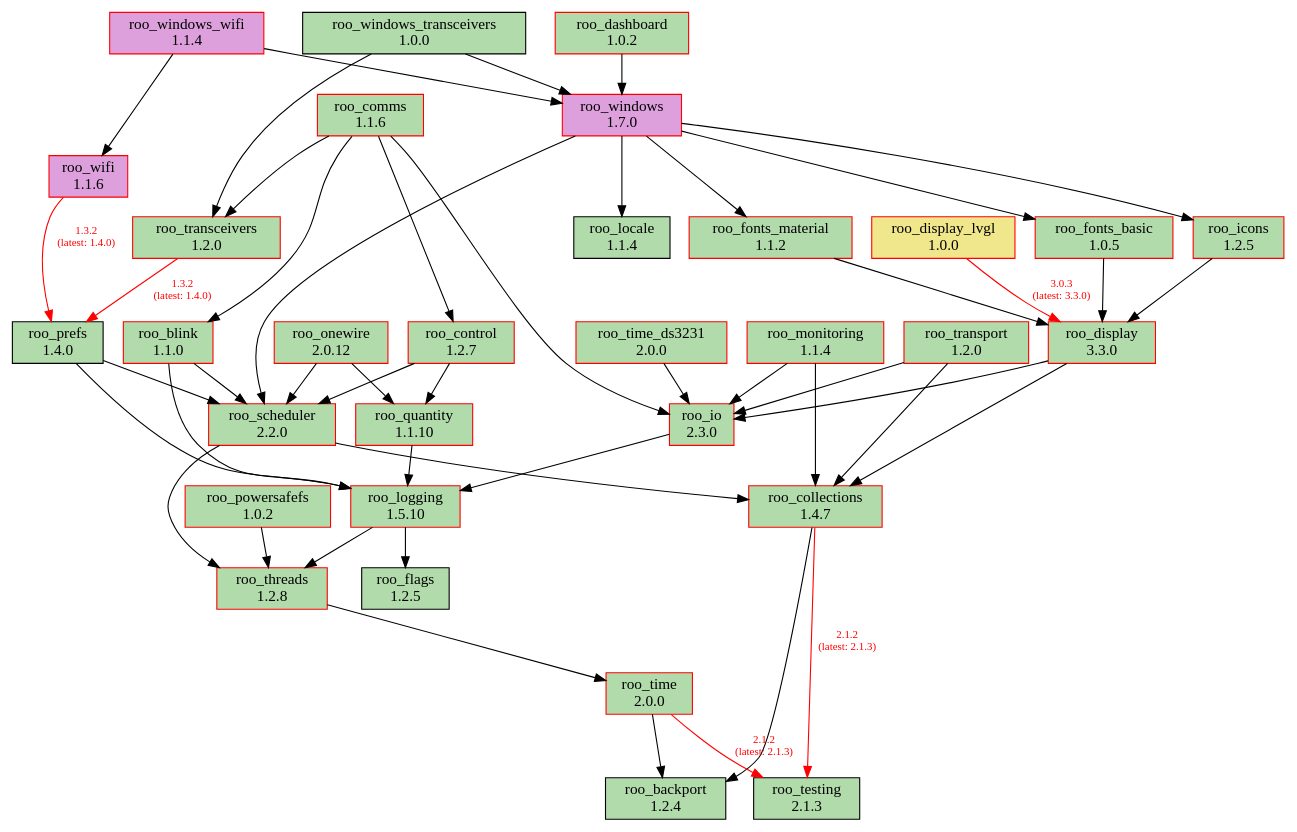
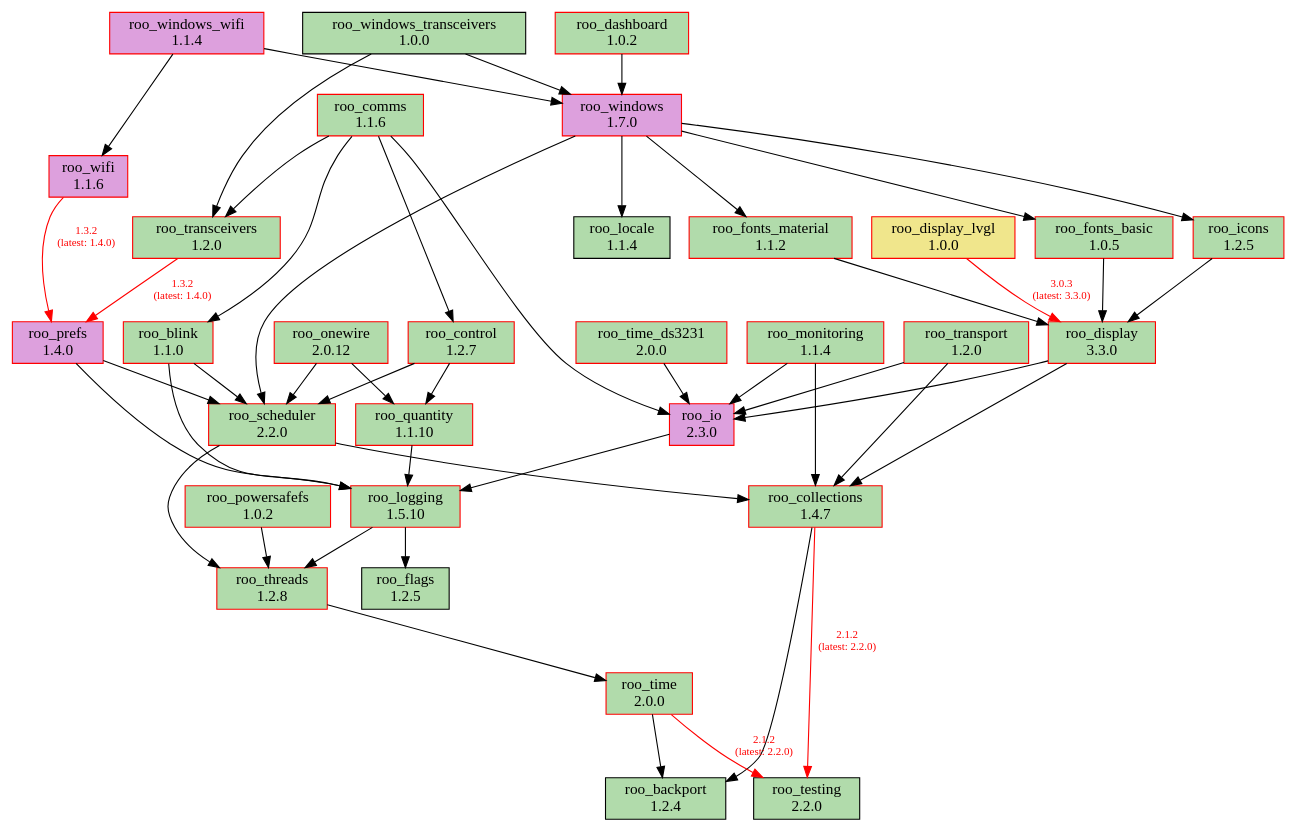
The diagram in doc/dependencies.dot (dejwk/roo-registry), drawn with Graphviz before and after one commit. The commit also changed 3 other files, not shown here.

Commit message:
Added roo_testing 2.2.0 to the registry.

```diff
--- a/doc/dependencies.dot
+++ b/doc/dependencies.dot
@@ -1,87 +1,87 @@
 digraph dependencies {
     rankdir=TB;
     node [shape=box, style=filled];
     edge [fontsize=10];
 
     // Modules
     "roo_backport" [label="roo_backport\n1.2.4", fillcolor="#b1dbab", color="black"];
     "roo_blink" [label="roo_blink\n1.1.0", fillcolor="#b1dbab", color="red"];
     "roo_collections" [label="roo_collections\n1.4.7", fillcolor="#b1dbab", color="red"];
     "roo_comms" [label="roo_comms\n1.1.6", fillcolor="#b1dbab", color="red"];
     "roo_control" [label="roo_control\n1.2.7", fillcolor="#b1dbab", color="red"];
     "roo_dashboard" [label="roo_dashboard\n1.0.2", fillcolor="#b1dbab", color="red"];
     "roo_display" [label="roo_display\n3.3.0", fillcolor="#b1dbab", color="red"];
     "roo_display_lvgl" [label="roo_display_lvgl\n1.0.0", fillcolor="khaki", color="red"];
     "roo_flags" [label="roo_flags\n1.2.5", fillcolor="#b1dbab", color="black"];
     "roo_fonts_basic" [label="roo_fonts_basic\n1.0.5", fillcolor="#b1dbab", color="red"];
     "roo_fonts_material" [label="roo_fonts_material\n1.1.2", fillcolor="#b1dbab", color="red"];
     "roo_icons" [label="roo_icons\n1.2.5", fillcolor="#b1dbab", color="red"];
-    "roo_io" [label="roo_io\n2.3.0", fillcolor="#b1dbab", color="red"];
+    "roo_io" [label="roo_io\n2.3.0", fillcolor="plum", color="red"];
     "roo_locale" [label="roo_locale\n1.1.4", fillcolor="#b1dbab", color="black"];
     "roo_logging" [label="roo_logging\n1.5.10", fillcolor="#b1dbab", color="red"];
     "roo_monitoring" [label="roo_monitoring\n1.1.4", fillcolor="#b1dbab", color="red"];
     "roo_onewire" [label="roo_onewire\n2.0.12", fillcolor="#b1dbab", color="red"];
     "roo_powersafefs" [label="roo_powersafefs\n1.0.2", fillcolor="#b1dbab", color="red"];
-    "roo_prefs" [label="roo_prefs\n1.4.0", fillcolor="#b1dbab", color="black"];
+    "roo_prefs" [label="roo_prefs\n1.4.0", fillcolor="plum", color="red"];
     "roo_quantity" [label="roo_quantity\n1.1.10", fillcolor="#b1dbab", color="red"];
     "roo_scheduler" [label="roo_scheduler\n2.2.0", fillcolor="#b1dbab", color="red"];
-    "roo_testing" [label="roo_testing\n2.1.3", fillcolor="#b1dbab", color="black"];
+    "roo_testing" [label="roo_testing\n2.2.0", fillcolor="#b1dbab", color="black"];
     "roo_threads" [label="roo_threads\n1.2.8", fillcolor="#b1dbab", color="red"];
     "roo_time" [label="roo_time\n2.0.0", fillcolor="#b1dbab", color="red"];
     "roo_time_ds3231" [label="roo_time_ds3231\n2.0.0", fillcolor="#b1dbab", color="red"];
     "roo_transceivers" [label="roo_transceivers\n1.2.0", fillcolor="#b1dbab", color="red"];
     "roo_transport" [label="roo_transport\n1.2.0", fillcolor="#b1dbab", color="red"];
     "roo_wifi" [label="roo_wifi\n1.1.6", fillcolor="plum", color="red"];
     "roo_windows" [label="roo_windows\n1.7.0", fillcolor="plum", color="red"];
     "roo_windows_transceivers" [label="roo_windows_transceivers\n1.0.0", fillcolor="#b1dbab", color="black"];
     "roo_windows_wifi" [label="roo_windows_wifi\n1.1.4", fillcolor="plum", color="red"];
 
     // Dependencies
     "roo_blink" -> "roo_logging";
     "roo_blink" -> "roo_scheduler";
-    "roo_collections" -> "roo_testing" [color=red, fontcolor=red, label="2.1.2\n(latest: 2.1.3)"];
+    "roo_collections" -> "roo_testing" [color=red, fontcolor=red, label="2.1.2\n(latest: 2.2.0)"];
     "roo_collections" -> "roo_backport";
     "roo_comms" -> "roo_blink";
     "roo_comms" -> "roo_control";
     "roo_comms" -> "roo_io";
     "roo_comms" -> "roo_transceivers";
     "roo_control" -> "roo_quantity";
     "roo_control" -> "roo_scheduler";
     "roo_dashboard" -> "roo_windows";
     "roo_display" -> "roo_collections";
     "roo_display" -> "roo_io";
     "roo_display_lvgl" -> "roo_display" [color=red, fontcolor=red, label="3.0.3\n(latest: 3.3.0)"];
     "roo_fonts_basic" -> "roo_display";
     "roo_fonts_material" -> "roo_display";
     "roo_icons" -> "roo_display";
     "roo_io" -> "roo_logging";
     "roo_logging" -> "roo_flags";
     "roo_logging" -> "roo_threads";
     "roo_monitoring" -> "roo_collections";
     "roo_monitoring" -> "roo_io";
     "roo_onewire" -> "roo_scheduler";
     "roo_onewire" -> "roo_quantity";
     "roo_powersafefs" -> "roo_threads";
     "roo_prefs" -> "roo_logging";
     "roo_prefs" -> "roo_scheduler";
     "roo_quantity" -> "roo_logging";
     "roo_scheduler" -> "roo_collections";
     "roo_scheduler" -> "roo_threads";
     "roo_threads" -> "roo_time";
-    "roo_time" -> "roo_testing" [color=red, fontcolor=red, label="2.1.2\n(latest: 2.1.3)"];
+    "roo_time" -> "roo_testing" [color=red, fontcolor=red, label="2.1.2\n(latest: 2.2.0)"];
     "roo_time" -> "roo_backport";
     "roo_time_ds3231" -> "roo_io";
     "roo_transceivers" -> "roo_prefs" [color=red, fontcolor=red, label="1.3.2\n(latest: 1.4.0)"];
     "roo_transport" -> "roo_collections";
     "roo_transport" -> "roo_io";
     "roo_wifi" -> "roo_prefs" [color=red, fontcolor=red, label="1.3.2\n(latest: 1.4.0)"];
     "roo_windows" -> "roo_fonts_basic";
     "roo_windows" -> "roo_fonts_material";
     "roo_windows" -> "roo_locale";
     "roo_windows" -> "roo_icons";
     "roo_windows" -> "roo_scheduler";
     "roo_windows_transceivers" -> "roo_transceivers";
     "roo_windows_transceivers" -> "roo_windows";
     "roo_windows_wifi" -> "roo_wifi";
     "roo_windows_wifi" -> "roo_windows";
 }
```
